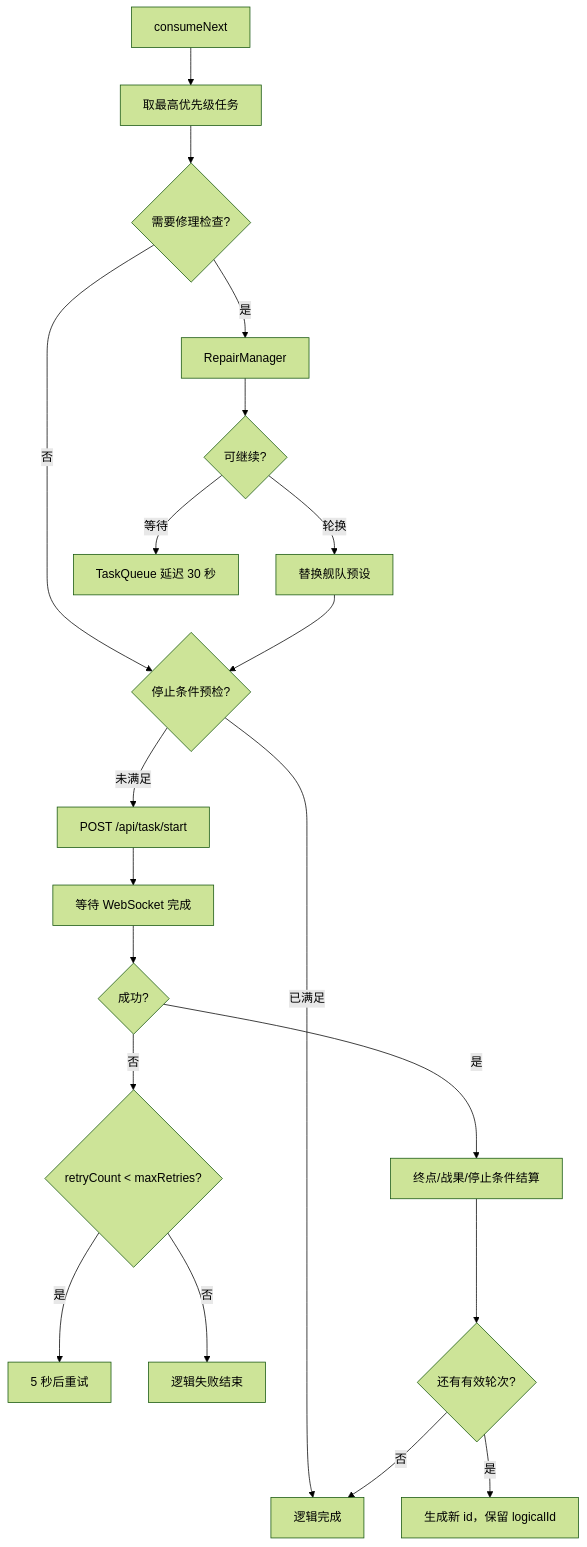
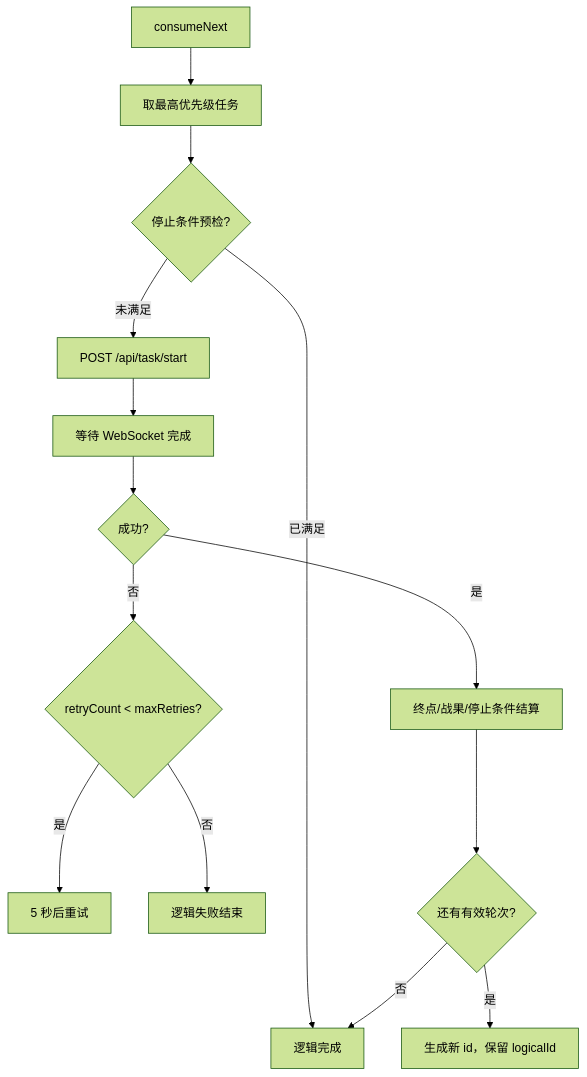
One commit to ShiinaKuroko/AutoWSGR-GUI changed the diagram in docs/architecture/02-task-scheduling.md. Above: the diagram before and after it, drawn with Mermaid (forest theme). The commit also changed other lines of this file and 19 other files, not shown here.

````diff
--- a/docs/architecture/02-task-scheduling.md
+++ b/docs/architecture/02-task-scheduling.md
@@ -72,22 +70,16 @@
 ```mermaid
 flowchart TD
   A["consumeNext"] --> B["取最高优先级任务"]
-  B --> C{"需要修理检查?"}
-  C -->|是| D["RepairManager"]
-  D --> E{"可继续?"}
-  E -->|轮换| F["替换舰队预设"]
-  E -->|等待| G["TaskQueue 延迟 30 秒"]
-  C -->|否| H
-  F --> H{"停止条件预检?"}
-  H -->|已满足| I["逻辑完成"]
-  H -->|未满足| J["POST /api/task/start"]
-  J --> K["等待 WebSocket 完成"]
-  K --> L{"成功?"}
-  L -->|否| M{"retryCount < maxRetries?"}
-  M -->|是| N["5 秒后重试"]
-  M -->|否| O["逻辑失败结束"]
-  L -->|是| P["终点/战果/停止条件结算"]
-  P --> Q{"还有有效轮次?"}
-  Q -->|是| R["生成新 id，保留 logicalId"]
-  Q -->|否| I
+  B --> C{"停止条件预检?"}
+  C -->|已满足| D["逻辑完成"]
+  C -->|未满足| E["POST /api/task/start"]
+  E --> F["等待 WebSocket 完成"]
+  F --> G{"成功?"}
+  G -->|否| H{"retryCount < maxRetries?"}
+  H -->|是| I["5 秒后重试"]
+  H -->|否| J["逻辑失败结束"]
+  G -->|是| K["终点/战果/停止条件结算"]
+  K --> L{"还有有效轮次?"}
+  L -->|是| M["生成新 id，保留 logicalId"]
+  L -->|否| D
 ```
````
